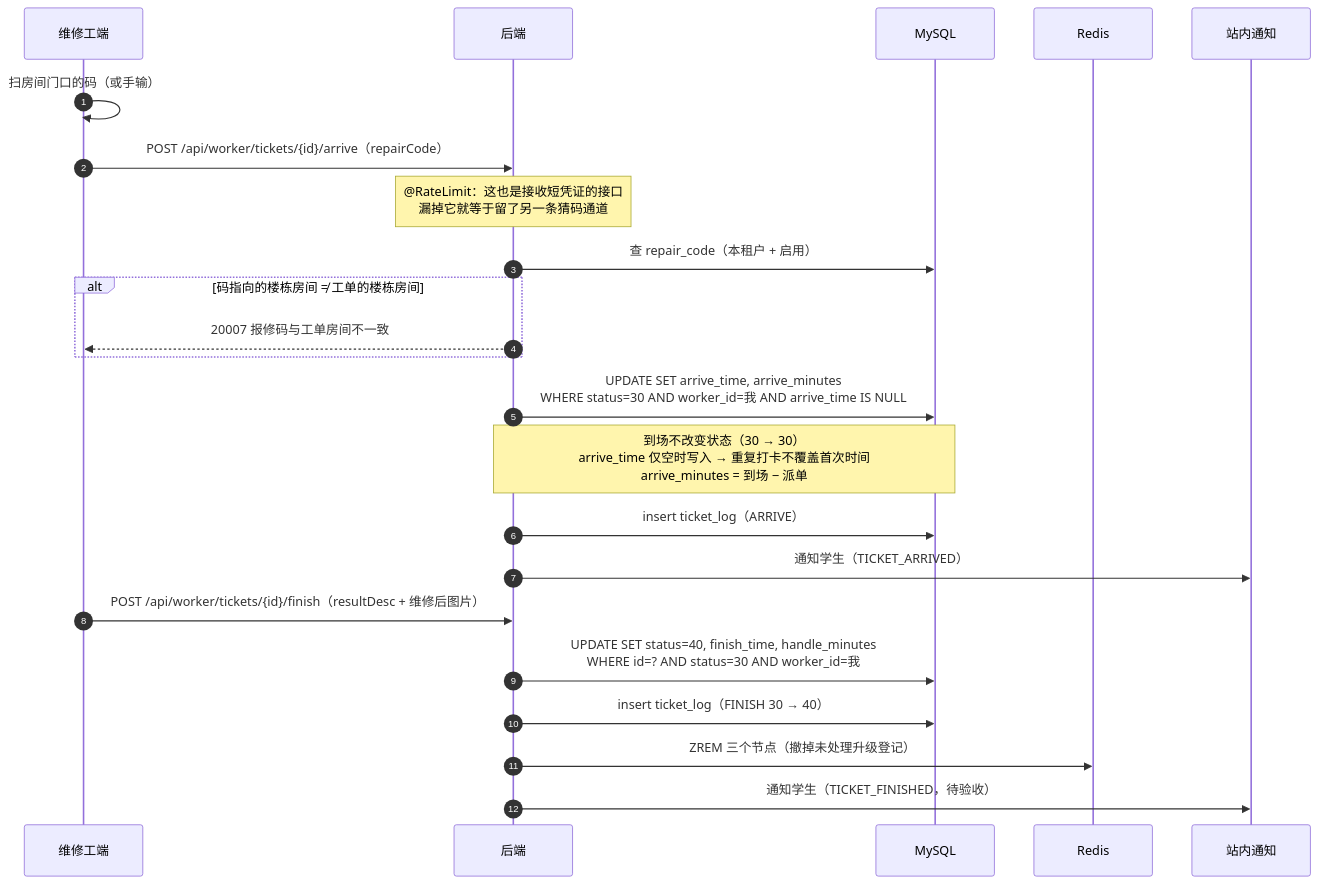
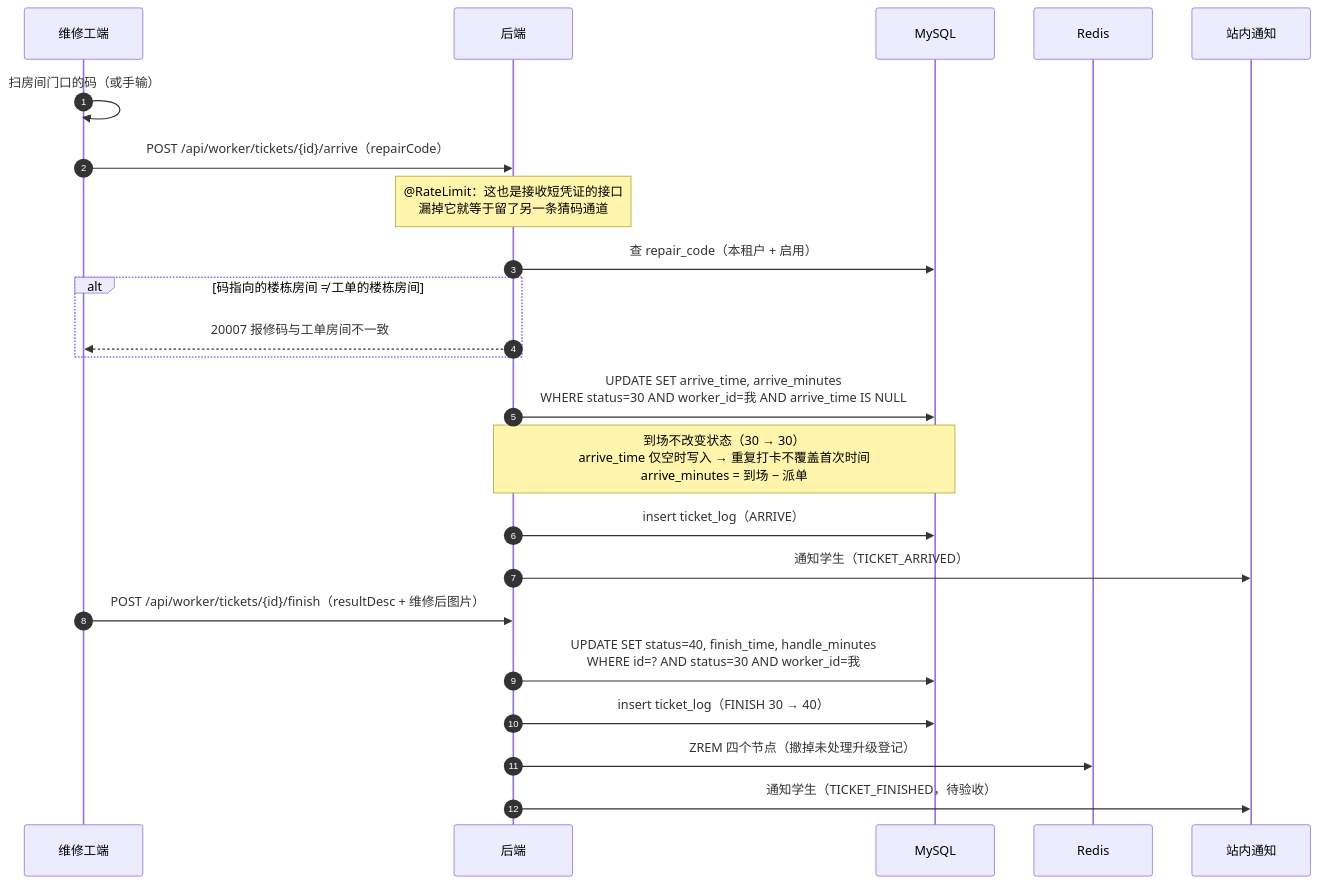
Before and after one commit to bluemalic/repair-platform: the eighth of 14 diagrams in docs/06-架构图.md, drawn with Mermaid. The commit also changed other lines of this file and 24 other files, not shown here.

````diff
--- a/docs/06-架构图.md
+++ b/docs/06-架构图.md
@@ -427,27 +427,27 @@
 ```mermaid
 sequenceDiagram
     autonumber
     participant W as 维修工端
     participant API as 后端
     participant DB as MySQL
     participant R as Redis
     participant N as 站内通知
 
     W->>W: 扫房间门口的码（或手输）
     W->>API: POST /api/worker/tickets/{id}/arrive（repairCode）
     Note over API: @RateLimit：这也是接收短凭证的接口<br/>漏掉它就等于留了另一条猜码通道
     API->>DB: 查 repair_code（本租户 + 启用）
     alt 码指向的楼栋房间 ≠ 工单的楼栋房间
         API-->>W: 20007 报修码与工单房间不一致
     end
     API->>DB: UPDATE SET arrive_time, arrive_minutes<br/>WHERE status=30 AND worker_id=我 AND arrive_time IS NULL
     Note over API,DB: 到场不改变状态（30 → 30）<br/>arrive_time 仅空时写入 → 重复打卡不覆盖首次时间<br/>arrive_minutes = 到场 − 派单
     API->>DB: insert ticket_log（ARRIVE）
     API->>N: 通知学生（TICKET_ARRIVED）
 
     W->>API: POST /api/worker/tickets/{id}/finish（resultDesc + 维修后图片）
     API->>DB: UPDATE SET status=40, finish_time, handle_minutes<br/>WHERE id=? AND status=30 AND worker_id=我
     API->>DB: insert ticket_log（FINISH 30 → 40）
-    API->>R: ZREM 三个节点（撤掉未处理升级登记）
+    API->>R: ZREM 四个节点（撤掉未处理升级登记）
     API->>N: 通知学生（TICKET_FINISHED，待验收）
 ```
````
